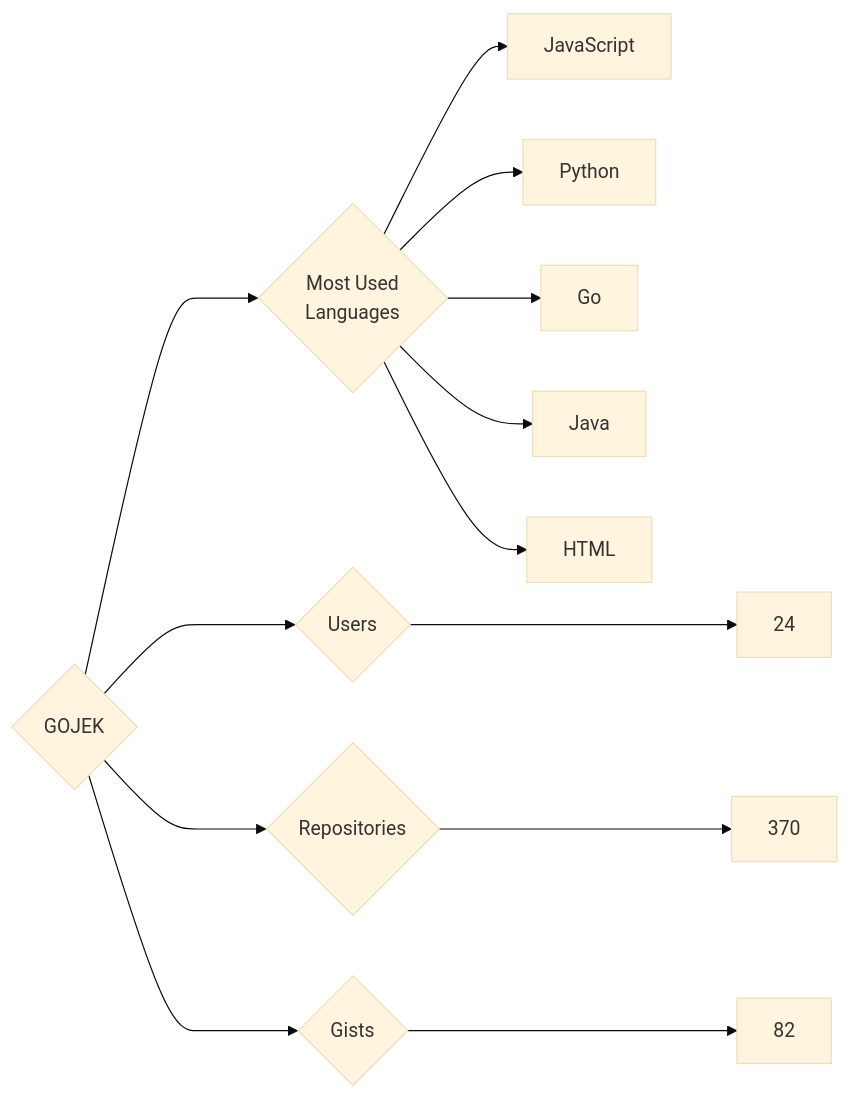
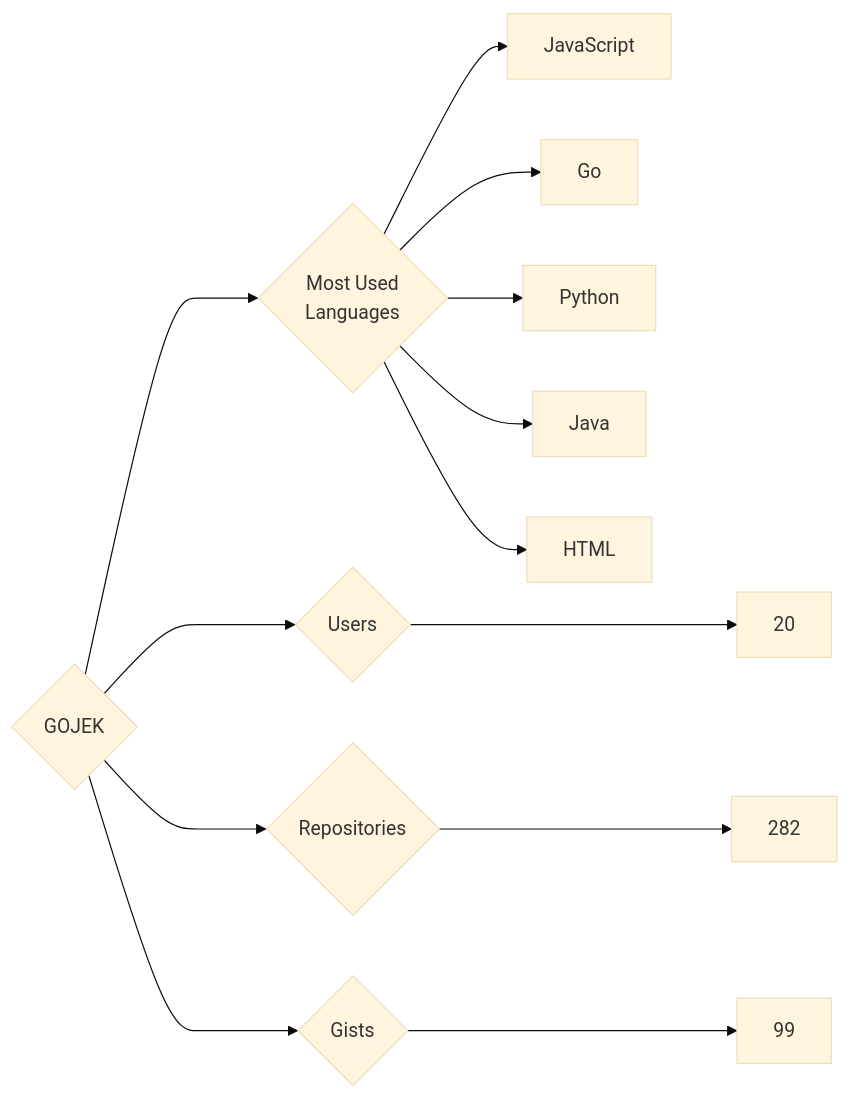
One commit to trickest/insiders changed the diagram in targets/GOJEK/README.md. Above: the diagram before and after it, drawn with Mermaid (base theme). The commit also changed 1030 other files, not shown here.

````diff
--- a/targets/GOJEK/README.md
+++ b/targets/GOJEK/README.md
@@ -3,13 +3,13 @@
 ```mermaid
 graph LR
 COMPANY_NAME{GOJEK}
-COMPANY_NAME ---> U{Users} ---> UN[24]
-COMPANY_NAME ---> R{Repositories} ---> RN[370]
-COMPANY_NAME ---> G{Gists} ---> GN[82]
+COMPANY_NAME ---> U{Users} ---> UN[20]
+COMPANY_NAME ---> R{Repositories} ---> RN[282]
+COMPANY_NAME ---> G{Gists} ---> GN[99]
 COMPANY_NAME ---> ML{Most Used<br>Languages}
 ML --> JavaScript[JavaScript]
+ML --> Go[Go]
 ML --> Python[Python]
-ML --> Go[Go]
 ML --> Java[Java]
 ML --> HTML[HTML]
 ```
````
